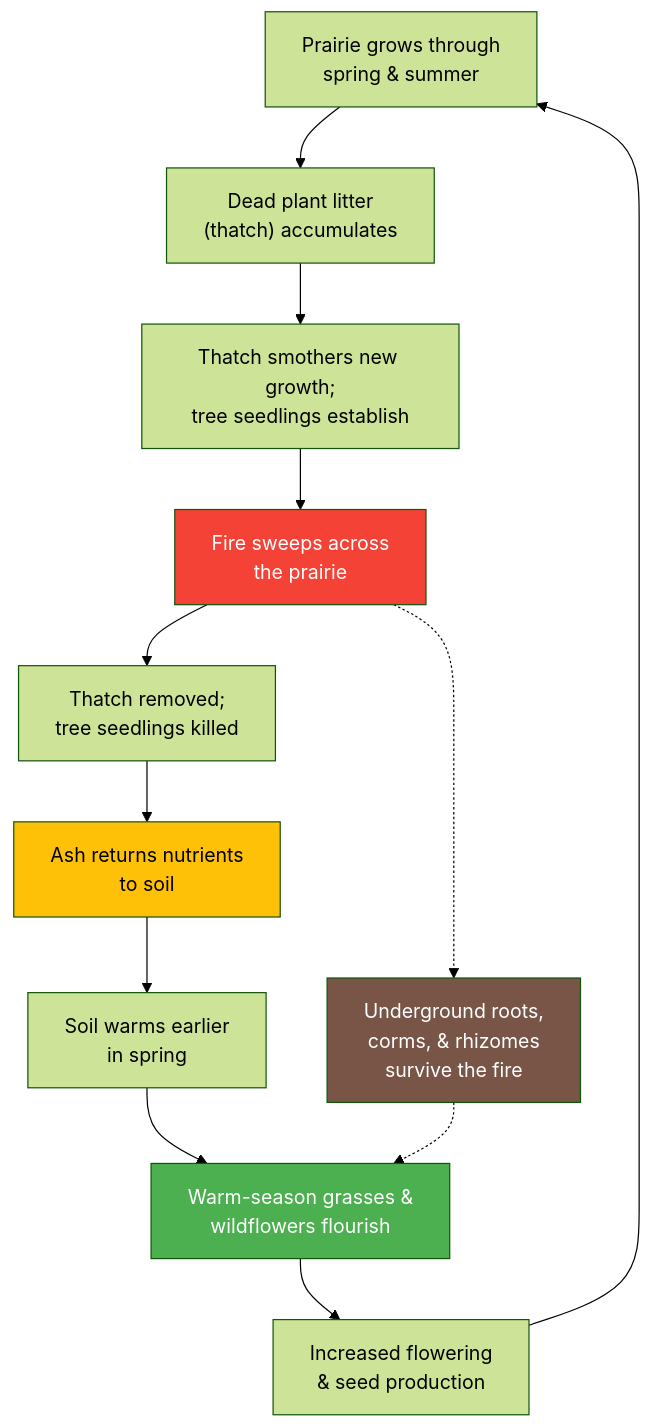
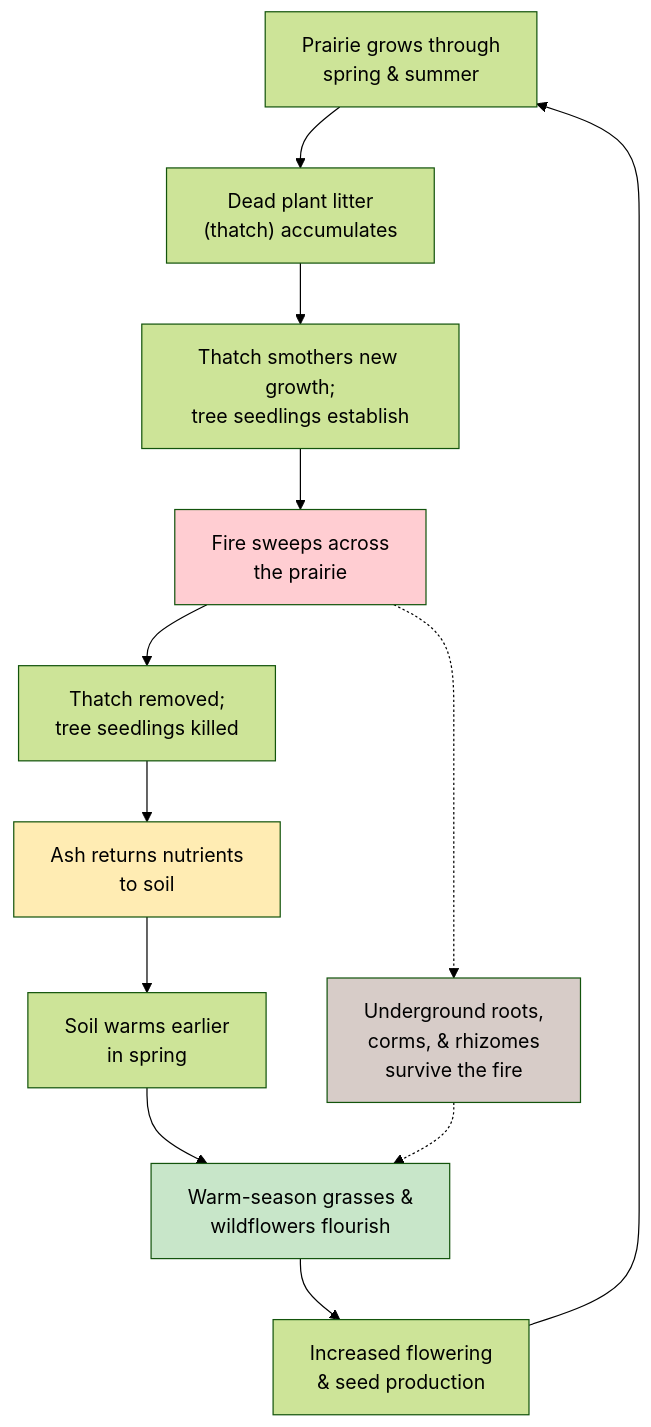
The second of 2 diagrams in docs/chapters/03-prairie-plants-grasslands/index.md (arunbatchu/minnesota-native-plants), drawn with Mermaid (forest theme) before and after one commit. The commit also changed other lines of this file and 10 other files, not shown here.

First line of the commit message:
Switch Mermaid diagrams to pastel palette — black text on light backgrounds

````diff
--- a/docs/chapters/03-prairie-plants-grasslands/index.md
+++ b/docs/chapters/03-prairie-plants-grasslands/index.md
@@ -444,20 +444,20 @@
 ```mermaid
 flowchart TD
     A["Prairie grows through<br/>spring & summer"] --> B["Dead plant litter<br/>(thatch) accumulates"]
     B --> C["Thatch smothers new growth;<br/>tree seedlings establish"]
     C --> D["Fire sweeps across<br/>the prairie"]
     D --> E["Thatch removed;<br/>tree seedlings killed"]
     E --> F["Ash returns nutrients<br/>to soil"]
     F --> G["Soil warms earlier<br/>in spring"]
     G --> H["Warm-season grasses &<br/>wildflowers flourish"]
     H --> I["Increased flowering<br/>& seed production"]
     I --> A
 
     D -.-> J["Underground roots,<br/>corms, & rhizomes<br/>survive the fire"]
     J -.-> H
 
-    style D fill:#F44336,color:#fff
-    style H fill:#4CAF50,color:#fff
-    style F fill:#FFC107,color:#000
-    style J fill:#795548,color:#fff
+    style D fill:#FFCDD2,color:#000
+    style H fill:#C8E6C9,color:#000
+    style F fill:#FFECB3,color:#000
+    style J fill:#D7CCC8,color:#000
 ```
````
